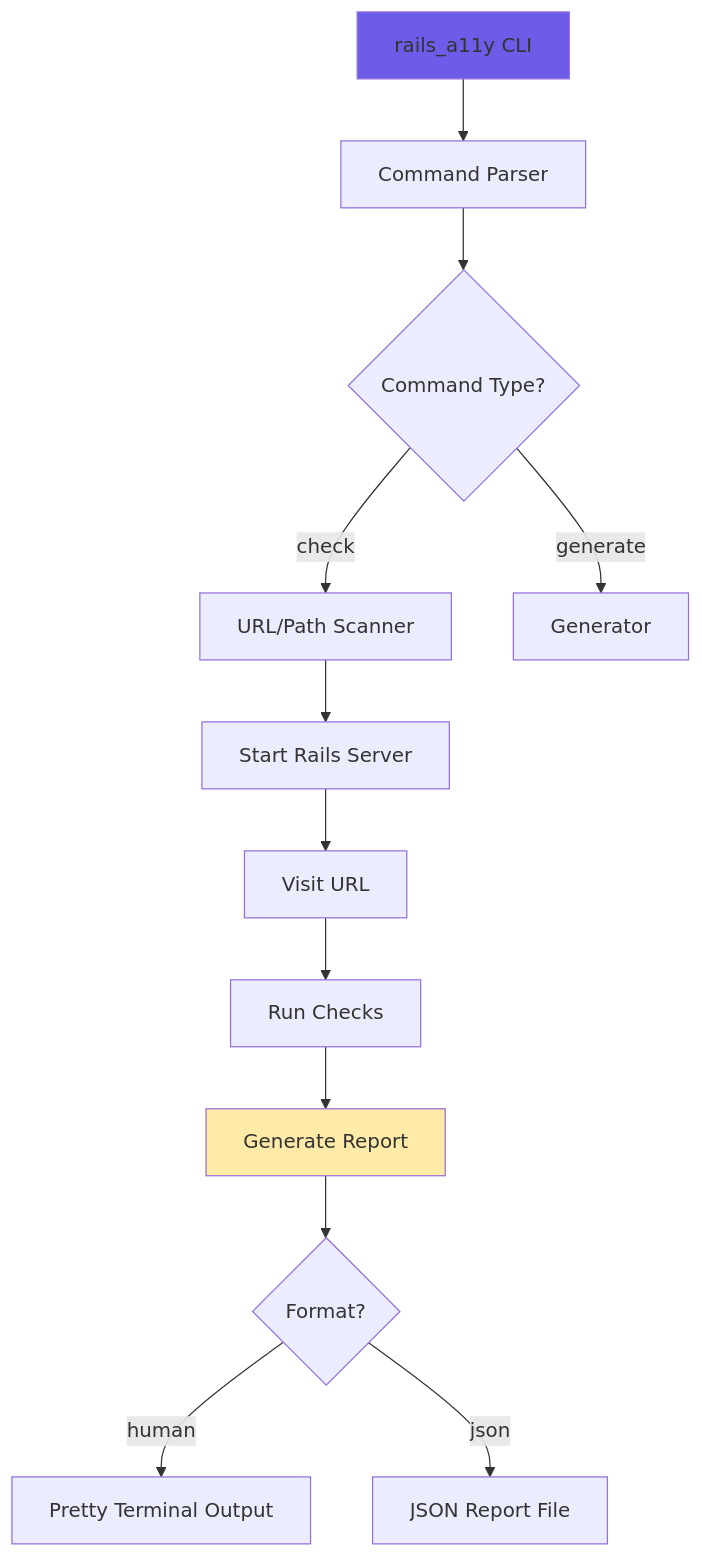
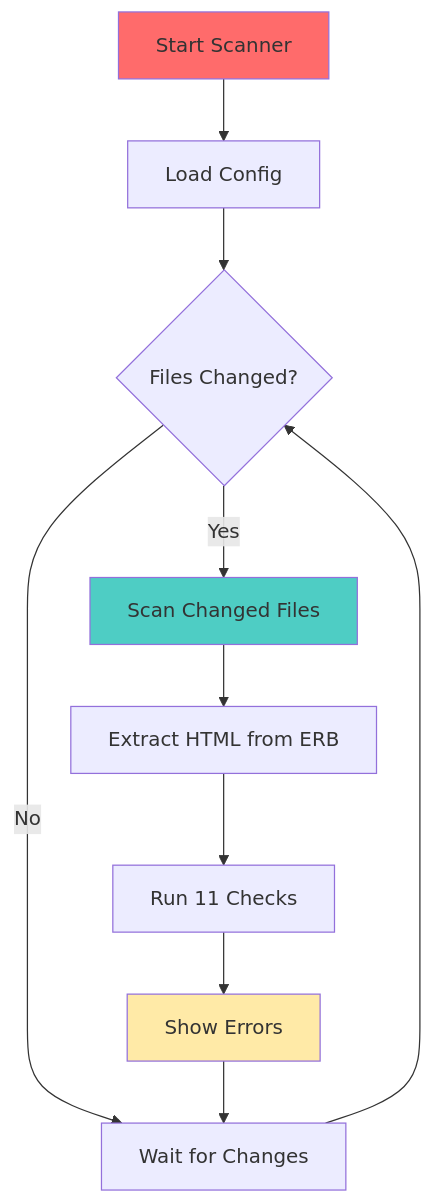
Before and after one commit to rayraycodes/rails-accessibility-testing: the fourth of 4 diagrams in docs_site/architecture.md, drawn with Mermaid. The commit also changed other lines of this file and 1 other file, not shown here.

First line of the commit message:
docs: Simplify architecture page and fix fullscreen visibility

````diff
--- a/docs_site/architecture.md
+++ b/docs_site/architecture.md
@@ -442,20 +89,16 @@
 ```mermaid
 graph TB
-    A[rails_a11y CLI] --> B[Command Parser]
-    B --> C{Command Type?}
+    Start[Start Scanner] --> Load[Load Config]
+    Load --> Check{Files Changed?}
+    Check -->|Yes| Scan[Scan Changed Files]
+    Check -->|No| Wait[Wait for Changes]
+    Scan --> Extract[Extract HTML from ERB]
+    Extract --> Run[Run 11 Checks]
+    Run --> Show[Show Errors]
+    Show --> Wait
+    Wait --> Check
     
-    C -->|check| D[URL/Path Scanner]
-    C -->|generate| E[Generator]
-    
-    D --> F[Start Rails Server]
-    F --> G[Visit URL]
-    G --> H[Run Checks]
-    H --> I[Generate Report]
-    
-    I --> J{Format?}
-    J -->|human| K[Pretty Terminal Output]
-    J -->|json| L[JSON Report File]
-    
-    style A fill:#6c5ce7
-    style I fill:#ffeaa7
+    style Start fill:#ff6b6b
+    style Scan fill:#4ecdc4
+    style Show fill:#ffeaa7
 ```
````
